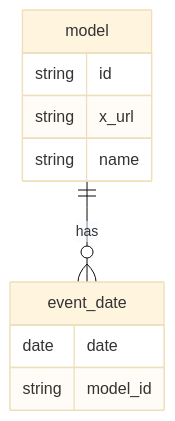
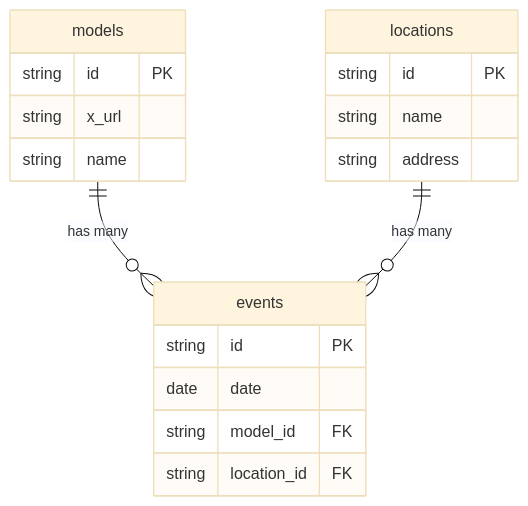
One commit to Eiji-Kudo/bijo-zukan changed the diagram in docs/model-date-er.md. Above: the diagram before and after it, drawn with Mermaid (base theme).

Commit message:
Refactor entity-relationship diagram in model-date-er.md to include 'models', 'events', and 'locations' with updated relationships and attributes

````diff
--- a/docs/model-date-er.md
+++ b/docs/model-date-er.md
@@ -1,13 +1,25 @@
 ```mermaid
 erDiagram
-    model ||--o{ event_date : has
-    model {
-        string id
+    models ||--o{ events : "has many"
+    
+    models {
+        string id PK
         string x_url
         string name
     }
-    event_date {
+    
+    events {
+        string id PK
         date date
-        string model_id
+        string model_id FK
+        string location_id FK
+    }
+    
+    locations ||--o{ events : "has many"
+    
+    locations {
+        string id PK
+        string name
+        string address
     }
 ```
````
